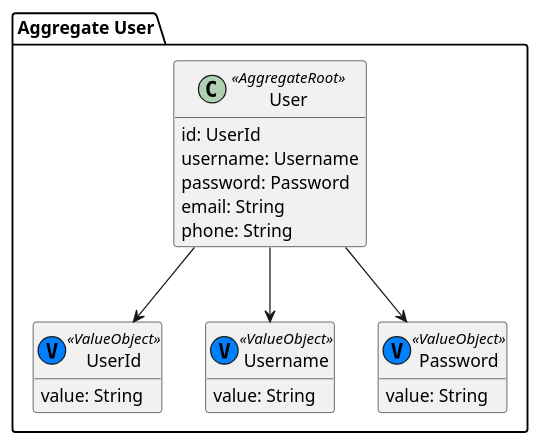
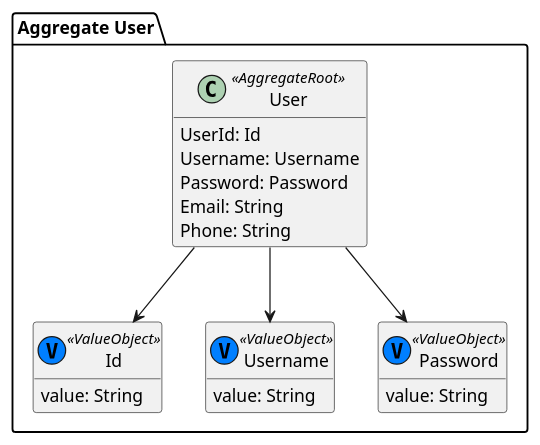
Before and after one commit to HenriqueSilva18/Drone-Show-Management-System: the diagram in docs/us_110/subDomains/domains/aggregate_user.puml, drawn with PlantUML. The commit also changed 10 other files, not shown here.

```diff
--- a/docs/us_110/subDomains/domains/aggregate_user.puml
+++ b/docs/us_110/subDomains/domains/aggregate_user.puml
@@ -1,33 +1,33 @@
 @startuml
 hide methods
 
 package "Aggregate User" {
 
     ' Agregado User (Aggregate Root)
     class User <<AggregateRoot>> {
-        id: UserId
-        username: Username
-        password: Password
-        email: String
-        phone: String
+        UserId: Id
+        Username: Username
+        Password: Password
+        Email: String
+        Phone: String
     }
 
     ' Value Objects associados
-    class UserId <<(V, #007fff) ValueObject>> {
+    class Id <<(V, #007fff) ValueObject>> {
         value: String
     }
 
     class Username <<(V, #007fff) ValueObject>> {
         value: String
     }
 
     class Password <<(V, #007fff) ValueObject>> {
         value: String
     }
 
     ' Ligações
-    User --> UserId
+    User --> Id
     User --> Username
     User --> Password
 }
 @enduml
```
